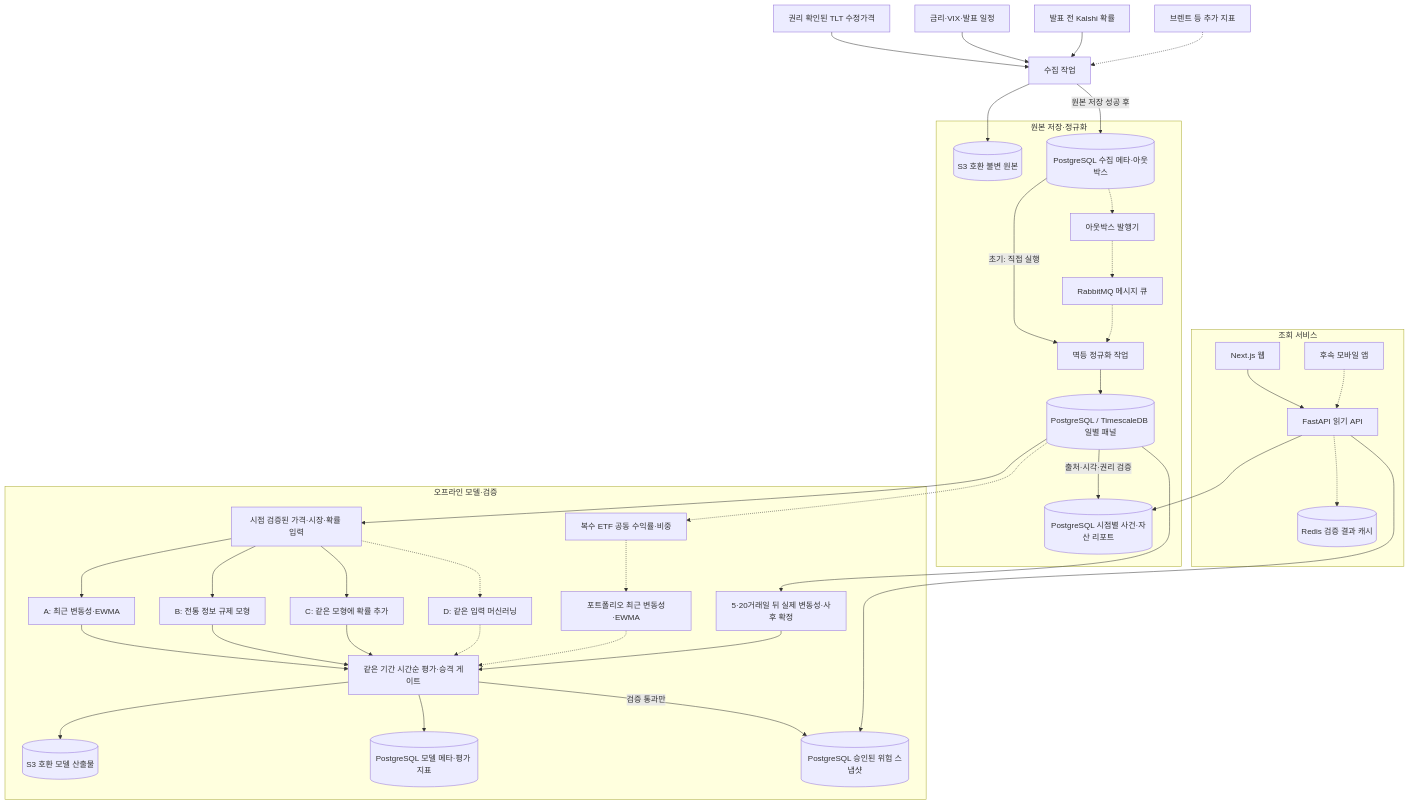
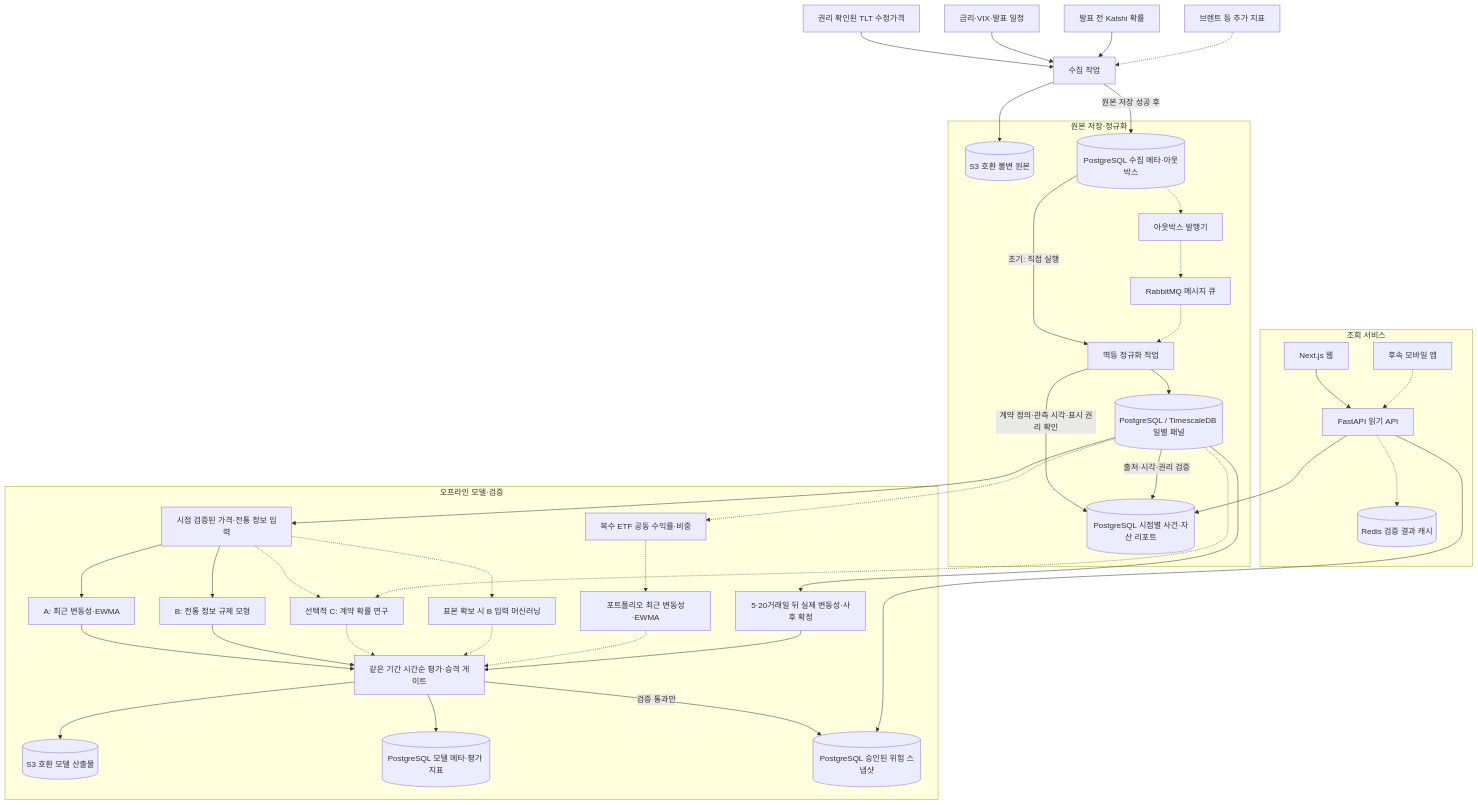
One commit to AnDev77/ShockGarph_AI changed the first of 2 diagrams in docs/architecture.md. Above: the diagram before and after it, drawn with Mermaid. The commit also changed other lines of this file and 10 other files, not shown here.

````diff
--- a/docs/architecture.md
+++ b/docs/architecture.md
@@ -12,64 +13,66 @@
 ```mermaid
 flowchart TB
     S["권리 확인된 TLT 수정가격"] --> C["수집 작업"]
     O["금리·VIX·발표 일정"] --> C
     K["발표 전 Kalshi 확률"] --> C
     BRENT["브렌트 등 추가 지표"] -.-> C
 
     subgraph DATA["원본 저장·정규화"]
         RAW[("S3 호환 불변 원본")]
         META[("PostgreSQL 수집 메타·아웃박스")]
         PUB["아웃박스 발행기"]
         MQ["RabbitMQ 메시지 큐"]
         N["멱등 정규화 작업"]
         PANEL[("PostgreSQL / TimescaleDB 일별 패널")]
         EVID[("PostgreSQL 시점별 사건·자산 리포트")]
     end
     C --> RAW
     C -->|원본 저장 성공 후| META
     META -->|초기: 직접 실행| N
     META -.-> PUB
     PUB -.-> MQ
     MQ -.-> N
     N --> PANEL
+    N -->|계약 정의·관측 시각·표시 권리 확인| EVID
     PANEL -->|출처·시각·권리 검증| EVID
 
     subgraph MODEL["오프라인 모델·검증"]
-        F["시점 검증된 가격·시장·확률 입력"]
+        F["시점 검증된 가격·전통 정보 입력"]
         L["5·20거래일 뒤 실제 변동성·사후 확정"]
         B["A: 최근 변동성·EWMA"]
         M["B: 전통 정보 규제 모형"]
-        PC["C: 같은 모형에 확률 추가"]
-        ML["D: 같은 입력 머신러닝"]
+        PC["선택적 C: 계약 확률 연구"]
+        ML["표본 확보 시 B 입력 머신러닝"]
         P["복수 ETF 공동 수익률·비중"]
         PB["포트폴리오 최근 변동성·EWMA"]
         E["같은 기간 시간순 평가·승격 게이트"]
         ART[("S3 호환 모델 산출물")]
         REG[("PostgreSQL 모델 메타·평가 지표")]
         SNAP[("PostgreSQL 승인된 위험 스냅샷")]
     end
     PANEL --> F
     PANEL --> L
     F --> B --> E
     F --> M --> E
-    F --> PC --> E
+    F -.-> PC
+    PANEL -.-> PC -.-> E
     F -.-> ML -.-> E
     PANEL -.-> P
     P -.-> PB -.-> E
     L --> E
     E --> ART
     E --> REG
     E -->|검증 통과만| SNAP
 
     subgraph SERVE["조회 서비스"]
         WEB["Next.js 웹"]
         APP["후속 모바일 앱"]
         API["FastAPI 읽기 API"]
         CACHE[("Redis 검증 결과 캐시")]
     end
     WEB --> API
     APP -.-> API
     API --> SNAP
     API --> EVID
     API -.-> CACHE
 ```
````
